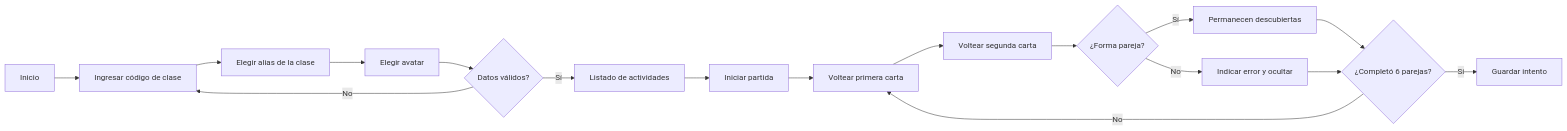
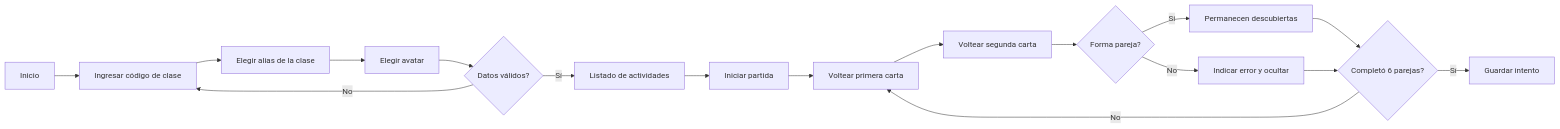
Before and after one commit to sebx771/plataforma-ludica: the second of 2 diagrams in specs/user-flow.md, drawn with Mermaid. The commit also changed other lines of this file and 1 other file, not shown here.

Commit message:
docs: corrige diagramas Mermaid de especificaciones

````diff
--- a/specs/user-flow.md
+++ b/specs/user-flow.md
@@ -22,19 +22,19 @@
 ```mermaid
 flowchart LR
-    A[Inicio] --> B[Ingresar código de clase]
-    B --> C[Elegir alias de la clase]
-    C --> D[Elegir avatar]
-    D --> E{Datos válidos?}
-    E -->|Sí| F[Listado de actividades]
-    E -->|No| B
-    F --> G[Iniciar partida]
-    G --> H[Voltear primera carta]
-    H --> I[Voltear segunda carta]
-    I --> J{¿Forma pareja?}
-    J -->|Sí| K[Permanecen descubiertas]
-    J -->|No| L[Indicar error y ocultar]
-    K --> M{¿Completó 6 parejas?}
+    A["Inicio"] --> B["Ingresar código de clase"]
+    B --> C["Elegir alias de la clase"]
+    C --> D["Elegir avatar"]
+    D --> E{"Datos válidos?"}
+    E -->|"Sí"| F["Listado de actividades"]
+    E -->|"No"| B
+    F --> G["Iniciar partida"]
+    G --> H["Voltear primera carta"]
+    H --> I["Voltear segunda carta"]
+    I --> J{"Forma pareja?"}
+    J -->|"Sí"| K["Permanecen descubiertas"]
+    J -->|"No"| L["Indicar error y ocultar"]
+    K --> M{"Completó 6 parejas?"}
     L --> M
-    M -->|No| H
-    M -->|Sí| N[Guardar intento]
+    M -->|"No"| H
+    M -->|"Sí"| N["Guardar intento"]
 ```
````
